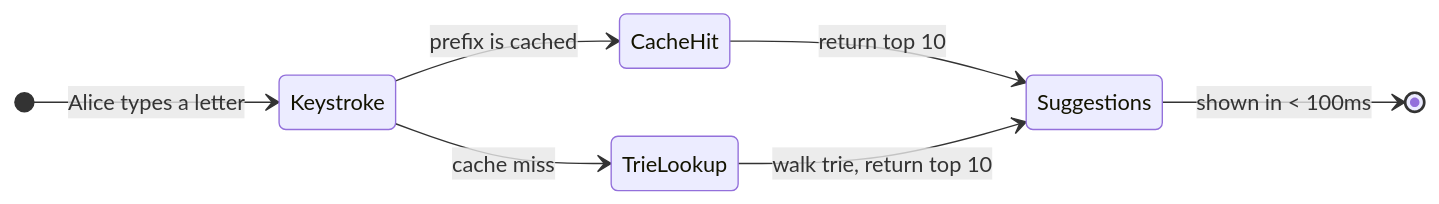
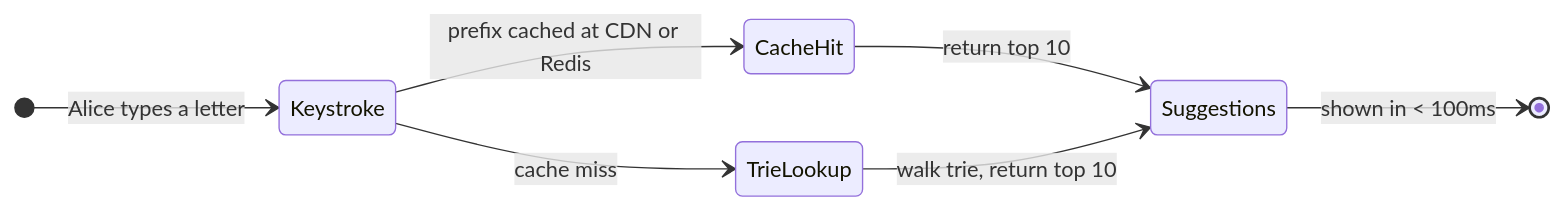
One commit to shiningflash/system-design changed the first of 9 diagrams in problems/005-typeahead-autocomplete/question.md. Above: the diagram before and after it, drawn with Mermaid. The commit also changed other lines of this file and 37 other files, not shown here.

````diff
--- a/problems/005-typeahead-autocomplete/question.md
+++ b/problems/005-typeahead-autocomplete/question.md
@@ -36,10 +31,10 @@
 ```mermaid
 stateDiagram-v2
     direction LR
     [*] --> Keystroke: Alice types a letter
-    Keystroke --> CacheHit: prefix is cached
+    Keystroke --> CacheHit: prefix cached at CDN or Redis
     Keystroke --> TrieLookup: cache miss
     CacheHit --> Suggestions: return top 10
     TrieLookup --> Suggestions: walk trie, return top 10
     Suggestions --> [*]: shown in < 100ms
 ```
````
